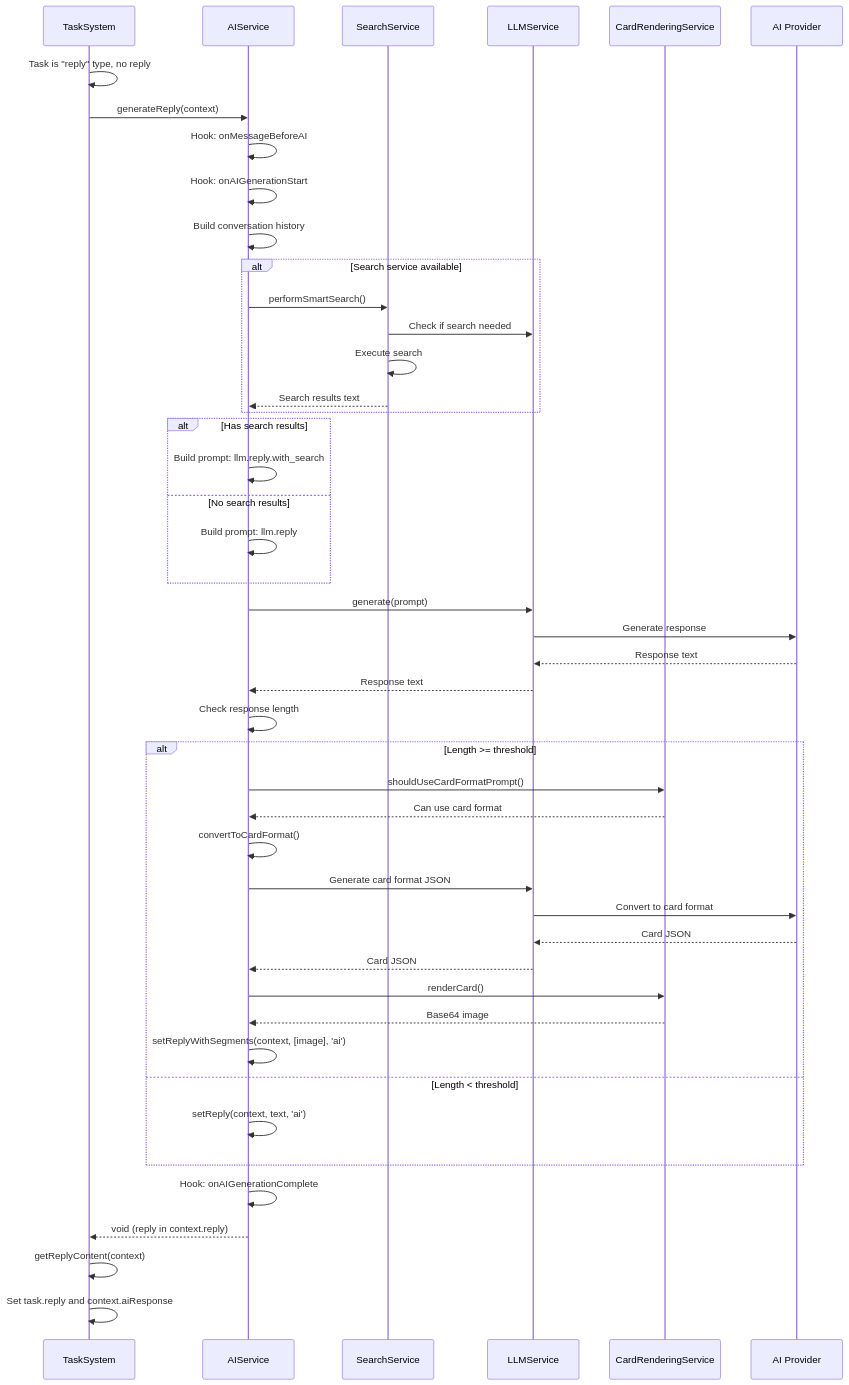
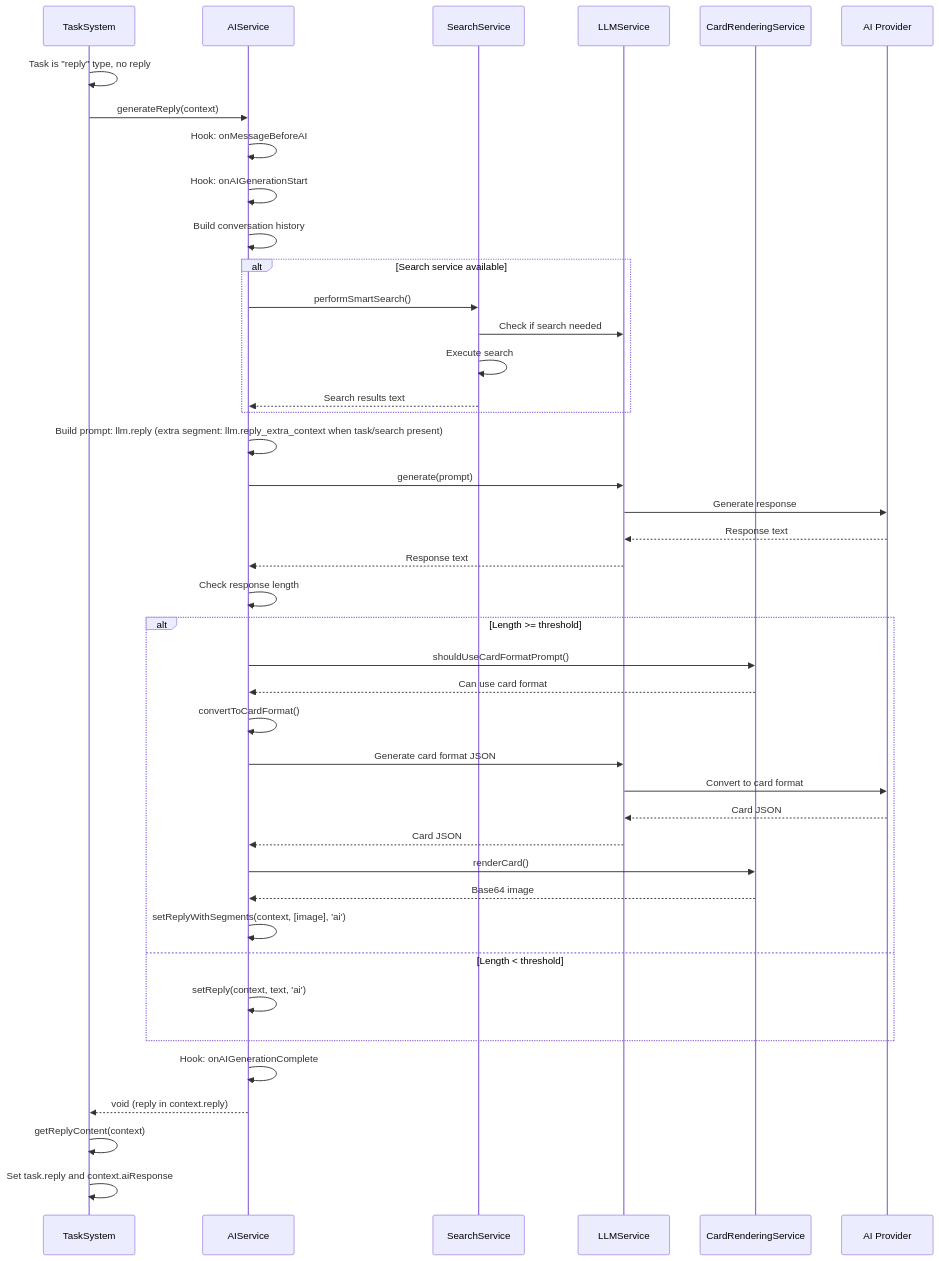
The third of 6 diagrams in docs/TASK_SYSTEM_ARCHITECTURE.md (yorshka20/qqbot), drawn with Mermaid before and after one commit. The commit also changed 16 other files, not shown here.

````diff
--- a/docs/TASK_SYSTEM_ARCHITECTURE.md
+++ b/docs/TASK_SYSTEM_ARCHITECTURE.md
@@ -211,49 +211,45 @@
 ```mermaid
 sequenceDiagram
     participant TS as TaskSystem
     participant AS as AIService
     participant SS as SearchService
     participant LS as LLMService
     participant CRS as CardRenderingService
     participant AP as AI Provider
 
     TS->>TS: Task is "reply" type, no reply
     TS->>AS: generateReply(context)
     AS->>AS: Hook: onMessageBeforeAI
     AS->>AS: Hook: onAIGenerationStart
     AS->>AS: Build conversation history
     alt Search service available
         AS->>SS: performSmartSearch()
         SS->>LS: Check if search needed
         SS->>SS: Execute search
         SS-->>AS: Search results text
     end
-    alt Has search results
-        AS->>AS: Build prompt: llm.reply.with_search
-    else No search results
-        AS->>AS: Build prompt: llm.reply
-    end
+    AS->>AS: Build prompt: llm.reply (extra segment: llm.reply_extra_context when task/search present)
     AS->>LS: generate(prompt)
     LS->>AP: Generate response
     AP-->>LS: Response text
     LS-->>AS: Response text
     AS->>AS: Check response length
     alt Length >= threshold
         AS->>CRS: shouldUseCardFormatPrompt()
         CRS-->>AS: Can use card format
         AS->>AS: convertToCardFormat()
         AS->>LS: Generate card format JSON
         LS->>AP: Convert to card format
         AP-->>LS: Card JSON
         LS-->>AS: Card JSON
         AS->>CRS: renderCard()
         CRS-->>AS: Base64 image
         AS->>AS: setReplyWithSegments(context, [image], 'ai')
     else Length < threshold
         AS->>AS: setReply(context, text, 'ai')
     end
     AS->>AS: Hook: onAIGenerationComplete
     AS-->>TS: void (reply in context.reply)
     TS->>TS: getReplyContent(context)
     TS->>TS: Set task.reply and context.aiResponse
 ```
````
